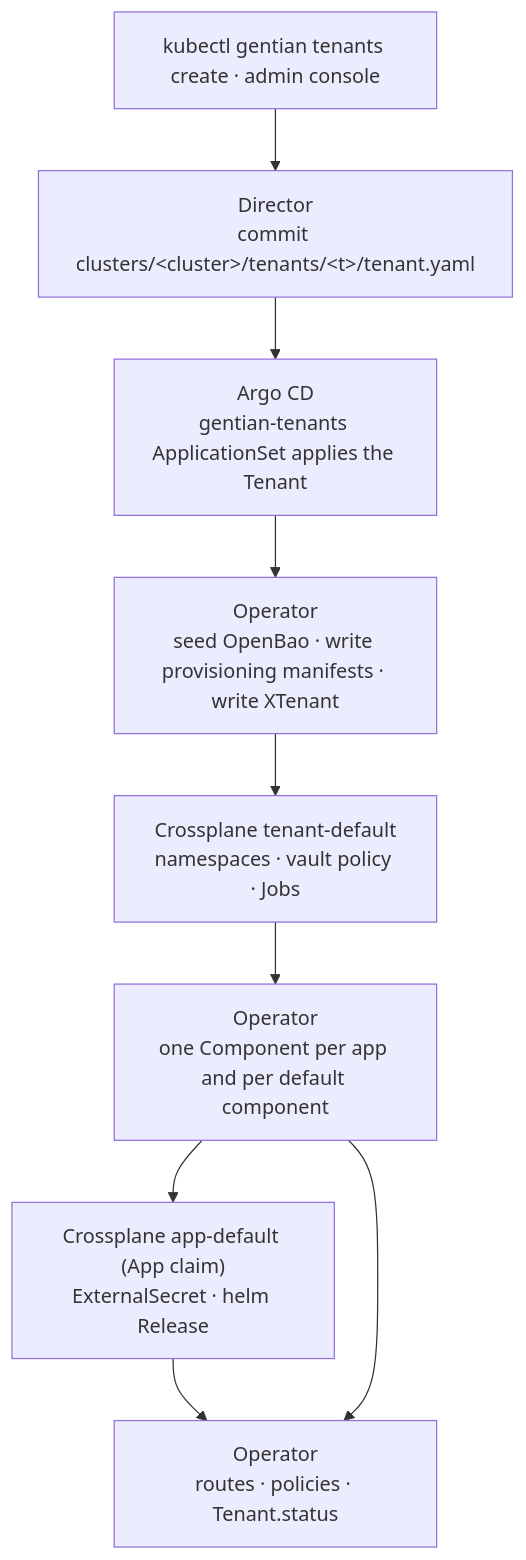
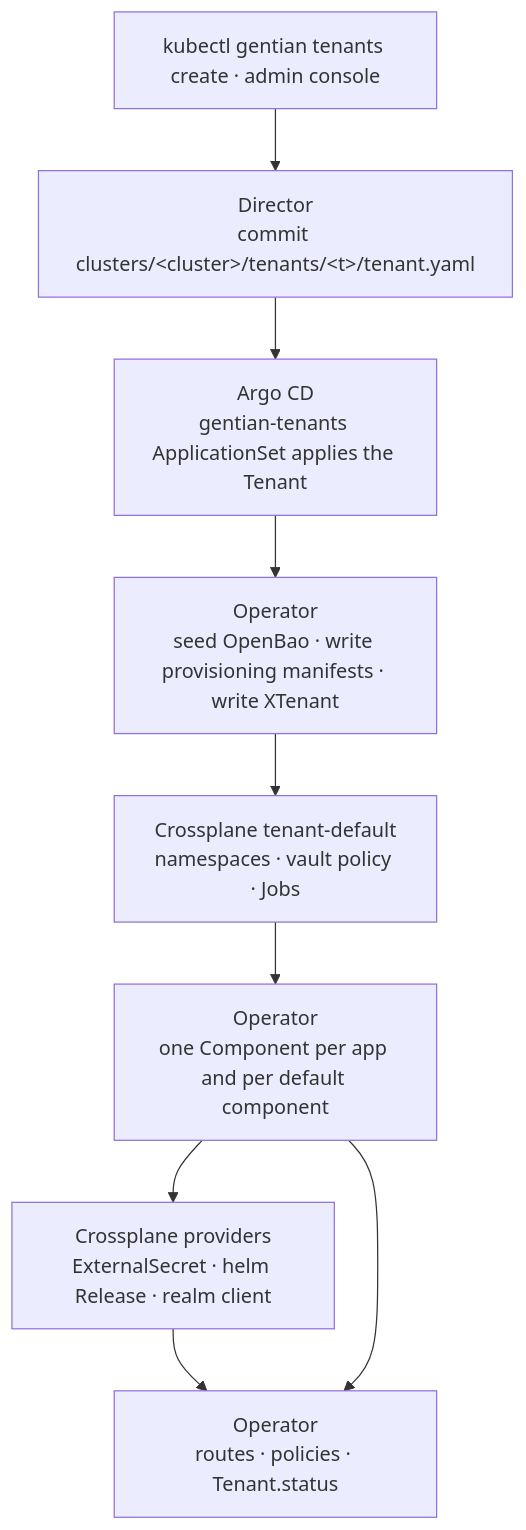
Before and after one commit to gentian-org/gentian-os: the second of 2 diagrams in docs/architecture.md, drawn with Mermaid. The commit also changed other lines of this file and 366 other files, not shown here.

First line of the commit message:
feat(render): the operator renders every chart; the app Composition is gone

````diff
--- a/docs/architecture.md
+++ b/docs/architecture.md
@@ -93,15 +93,15 @@
 ```mermaid
 flowchart TD
     req["kubectl gentian tenants create · admin console"]
     dir["Director<br/>commit clusters/&lt;cluster&gt;/tenants/&lt;t&gt;/tenant.yaml"]
     ac["Argo CD<br/>gentian-tenants ApplicationSet applies the Tenant"]
     op1["Operator<br/>seed OpenBao · write provisioning manifests · write XTenant"]
     xp1["Crossplane tenant-default<br/>namespaces · vault policy · Jobs"]
     op2["Operator<br/>one Component per app and per default component"]
-    xp2["Crossplane app-default (App claim)<br/>ExternalSecret · helm Release"]
+    xp2["Crossplane providers<br/>ExternalSecret · helm Release · realm client"]
     op3["Operator<br/>routes · policies · Tenant.status"]
 
     req --> dir --> ac --> op1 --> xp1 --> op2
     op2 --> xp2 --> op3
     op2 --> op3
 ```
````
